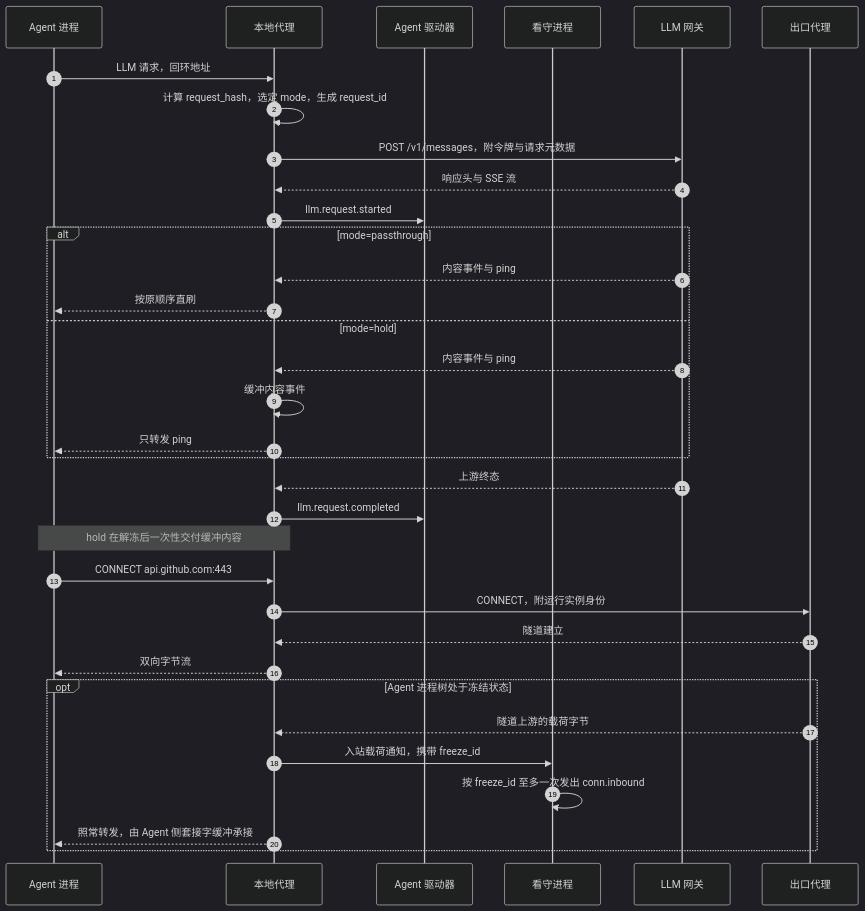
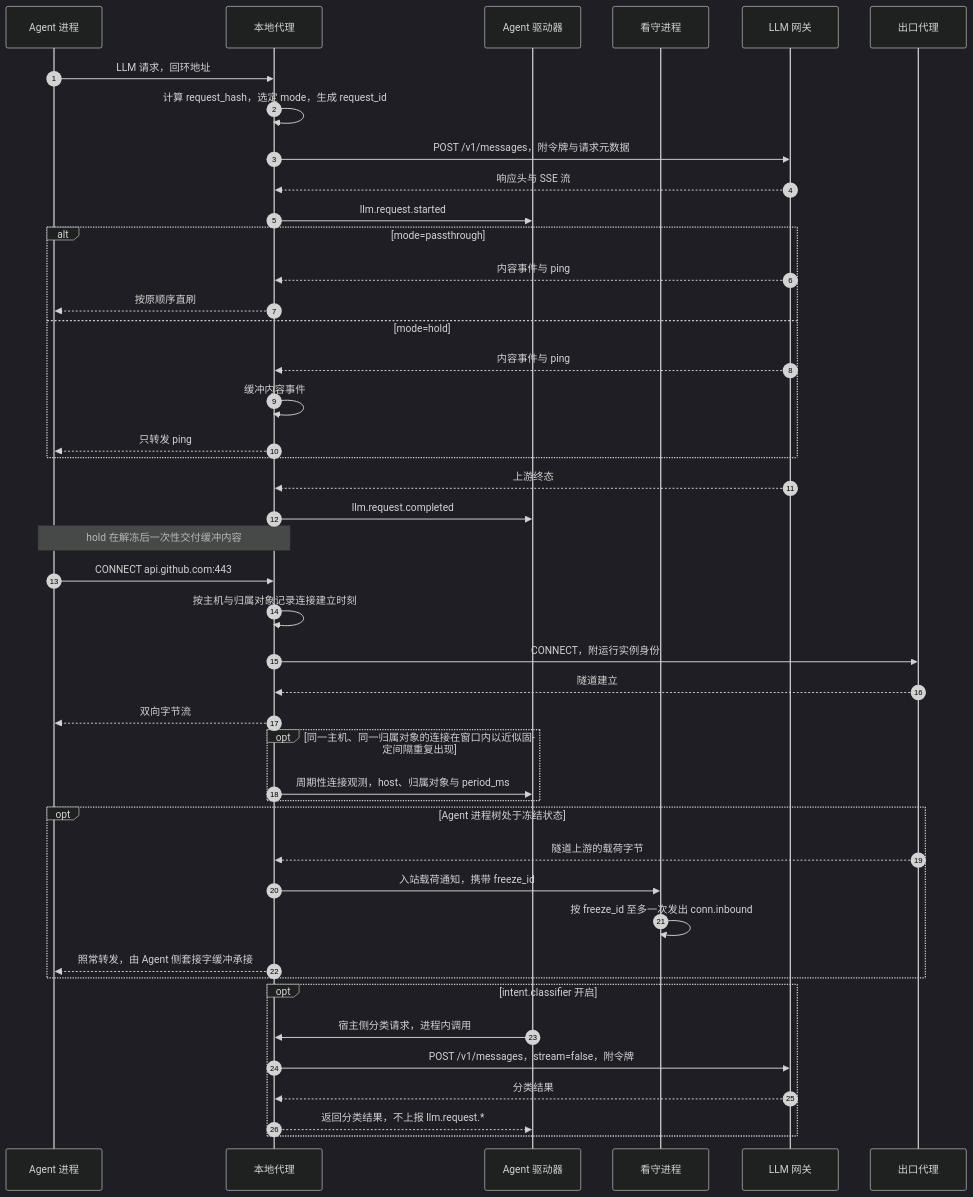
The second of 2 diagrams in docs/design/modules/warden/design-warden-llmproxy.md (wangzw/castworks), drawn with Mermaid (dark theme) before and after one commit. The commit also changed other lines of this file and 16 other files, not shown here.

````diff
--- a/docs/design/modules/warden/design-warden-llmproxy.md
+++ b/docs/design/modules/warden/design-warden-llmproxy.md
@@ -166,36 +172,46 @@
 ```mermaid
 sequenceDiagram
     autonumber
     participant A as Agent 进程
     participant P as 本地代理
     participant D as Agent 驱动器
     participant W as 看守进程
     participant G as LLM 网关
     participant E as 出口代理
     A->>P: LLM 请求，回环地址
     P->>P: 计算 request_hash，选定 mode，生成 request_id
     P->>G: POST /v1/messages，附令牌与请求元数据
     G-->>P: 响应头与 SSE 流
     P->>D: llm.request.started
     alt mode=passthrough
         G-->>P: 内容事件与 ping
         P-->>A: 按原顺序直刷
     else mode=hold
         G-->>P: 内容事件与 ping
         P->>P: 缓冲内容事件
         P-->>A: 只转发 ping
     end
     G-->>P: 上游终态
     P->>D: llm.request.completed
     Note over P,A: hold 在解冻后一次性交付缓冲内容
     A->>P: CONNECT api.github.com:443
+    P->>P: 按主机与归属对象记录连接建立时刻
     P->>E: CONNECT，附运行实例身份
     E-->>P: 隧道建立
     P-->>A: 双向字节流
+    opt 同一主机、同一归属对象的连接在窗口内以近似固定间隔重复出现
+        P->>D: 周期性连接观测，host、归属对象与 period_ms
+    end
     opt Agent 进程树处于冻结状态
         E-->>P: 隧道上游的载荷字节
         P->>W: 入站载荷通知，携带 freeze_id
         W->>W: 按 freeze_id 至多一次发出 conn.inbound
         P-->>A: 照常转发，由 Agent 侧套接字缓冲承接
     end
+    opt intent.classifier 开启
+        D->>P: 宿主侧分类请求，进程内调用
+        P->>G: POST /v1/messages，stream=false，附令牌
+        G-->>P: 分类结果
+        P-->>D: 返回分类结果，不上报 llm.request.*
+    end
 ```
````
